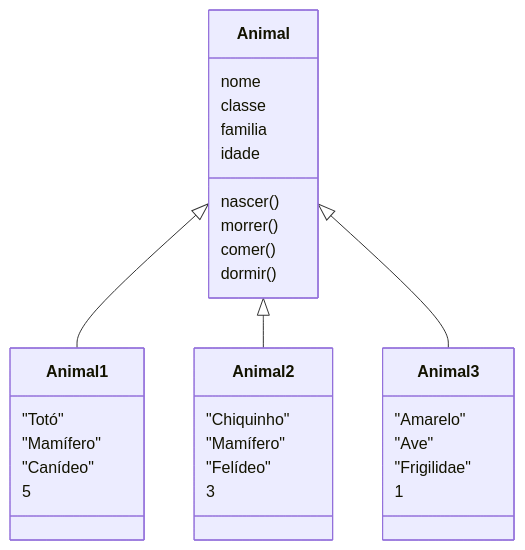
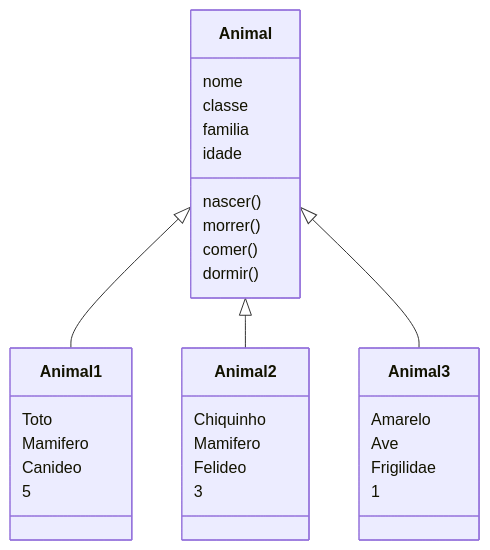
One commit to jocile/jocile.github.io changed the third of 4 diagrams in content/notas/Python/poo/Criando o jogo virtual pet.md. Above: the diagram before and after it, drawn with Mermaid. The commit also changed other lines of this file and 11 other files, not shown here.

````diff
--- a/content/notas/Python/poo/Criando o jogo virtual pet.md
+++ b/content/notas/Python/poo/Criando o jogo virtual pet.md
@@ -57,34 +57,34 @@
 ```mermaid
 classDiagram
  class Animal{
  nome
  classe
  familia
  idade
  nascer()
  morrer()
  comer()
  dormir()
  }
  Animal <|-- Animal1
  Animal <|-- Animal2
  Animal <|-- Animal3
  class Animal1{
- "Totó"
- "Mamífero"
- "Canídeo"
+ Toto
+ Mamifero
+ Canideo
  5
  }
  class Animal2{
- "Chiquinho"
- "Mamífero"
- "Felídeo"
+ Chiquinho
+ Mamifero
+ Felideo
  3
  }
  class Animal3{
- "Amarelo"
- "Ave"
- "Frigilidae"
+ Amarelo
+ Ave
+ Frigilidae
  1
  }
 ```
````
